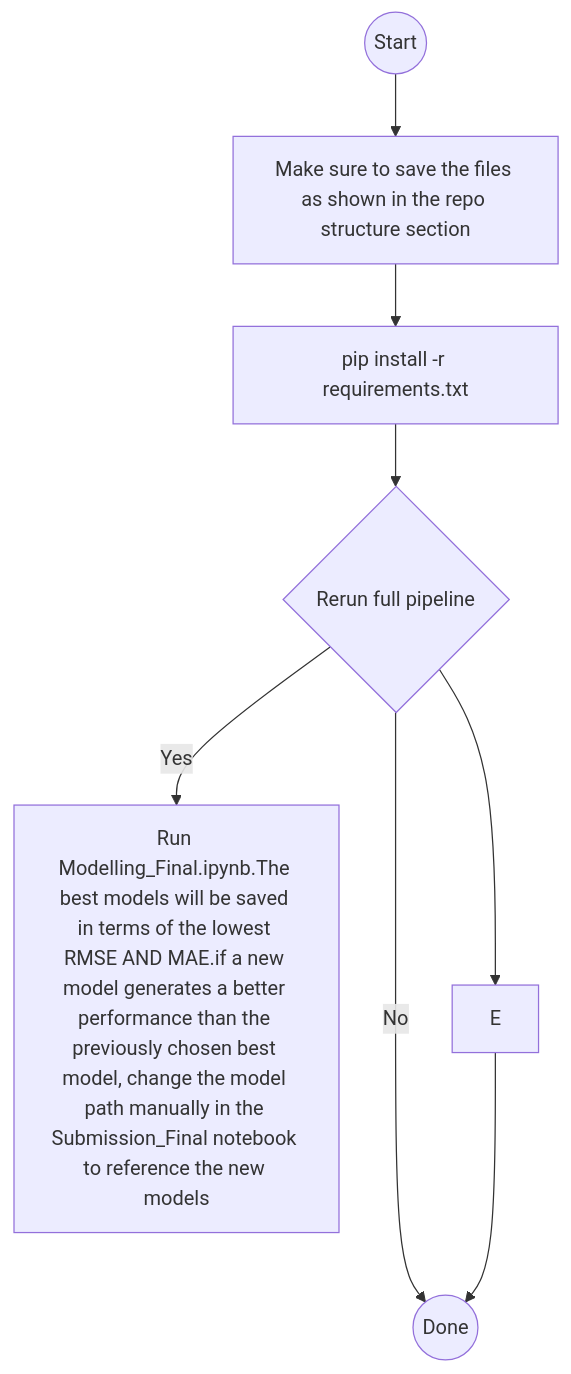
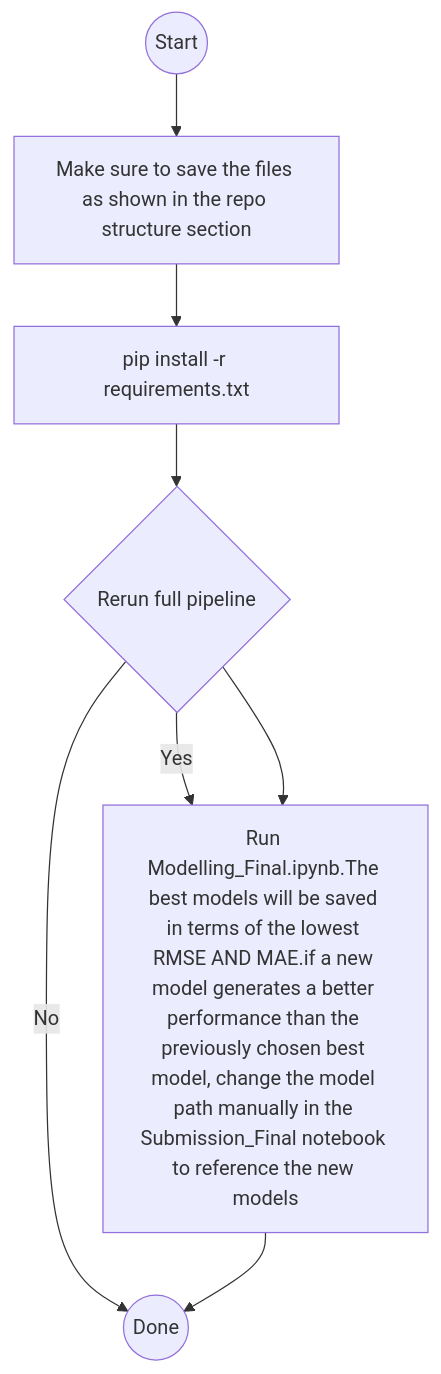
The diagram in README.md (Julie-Montague/Zindi-Maize-Price-Prediction-Challenge), drawn with Mermaid before and after one commit.

````diff
--- a/README.md
+++ b/README.md
@@ -25,16 +25,16 @@
 ```mermaid
 flowchart TD
     %% Workflow for training & submission
 
     A((Start)) --> B[Make sure to save the files as shown in the repo structure section]
     B --> C[pip install -r requirements.txt]
 
     %% Optional: model tuning
     C --> D{Rerun full pipeline}
-    D -- Yes --> I[Run Modelling_Final.ipynb.The best models will be saved in terms of the lowest RMSE AND MAE.if a new model generates a better performance than the previously chosen best model, change the model path manually in the Submission_Final notebook to reference the new models]
-    D -- No  --> J[Submission_Final.ipynb : Use pre-saved best models to generate final submission file]
+    D -- Yes --> E[Run Modelling_Final.ipynb.The best models will be saved in terms of the lowest RMSE AND MAE.if a new model generates a better performance than the previously chosen best model, change the model path manually in the Submission_Final notebook to reference the new models]
+    D -- No  --> F[Submission_Final.ipynb : Use pre-saved best models to generate final submission file]
 
     %% Final submission
     D --> E
-    E --> J((Done))
+    E --> F((Done))
 ```
````
